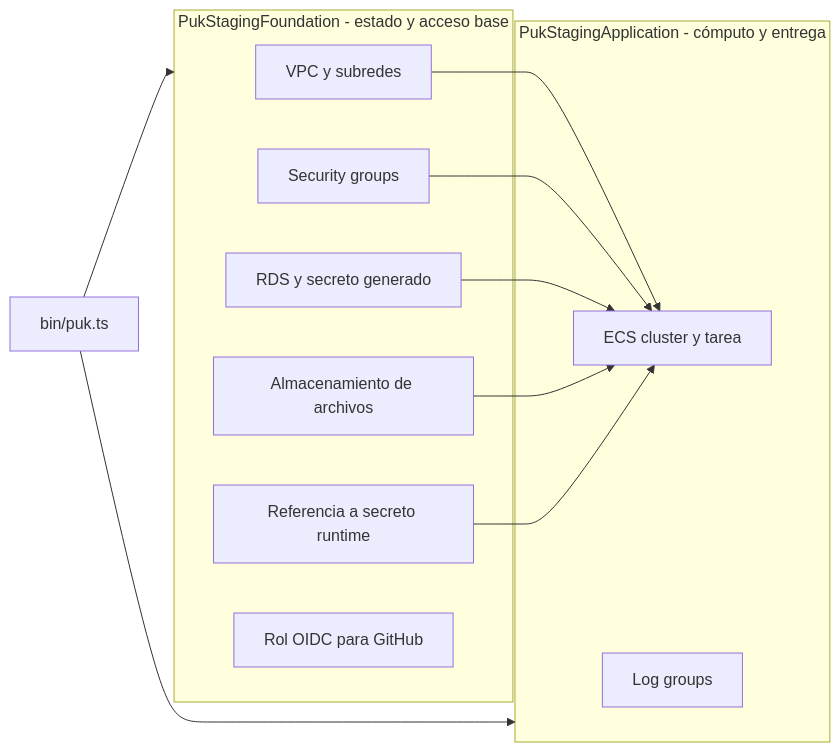
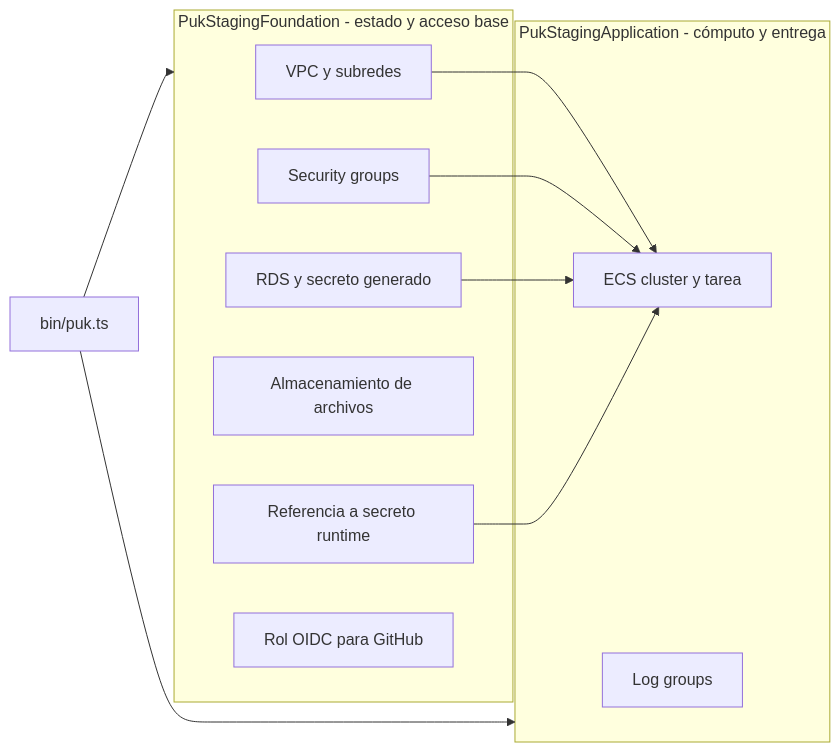
Before and after one commit to luistorres-idt/puk: the third of 5 diagrams in docs/technical/infrastructure-and-operations.md, drawn with Mermaid. The commit also changed other lines of this file and 9 other files, not shown here.

````diff
--- a/docs/technical/infrastructure-and-operations.md
+++ b/docs/technical/infrastructure-and-operations.md
@@ -137,26 +137,25 @@
 ```mermaid
 flowchart LR
     App[bin/puk.ts]
 
     subgraph Foundation[PukStagingFoundation - estado y acceso base]
         V[VPC y subredes]
         SG[Security groups]
         DB[RDS y secreto generado]
         B[Almacenamiento de archivos]
         RS[Referencia a secreto runtime]
         Role[Rol OIDC para GitHub]
     end
 
     subgraph Application[PukStagingApplication - cómputo y entrega]
         C[ECS cluster y tarea]
         Logs[Log groups]
     end
 
     App --> Foundation
     App --> Application
     V --> C
     SG --> C
     DB --> C
-    B --> C
     RS --> C
 ```
````
